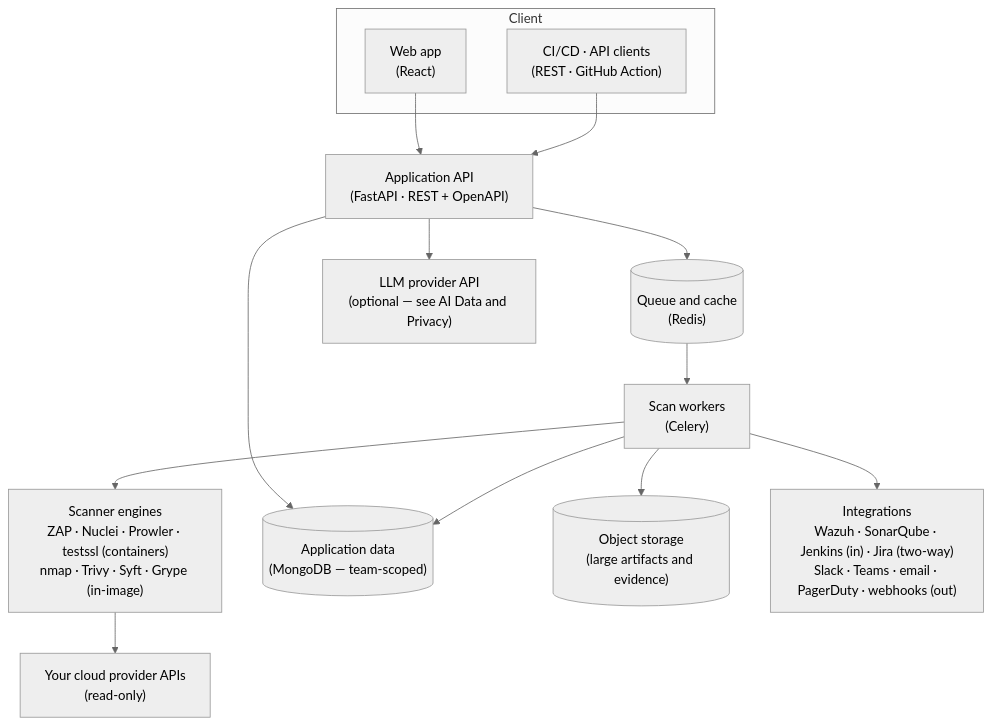
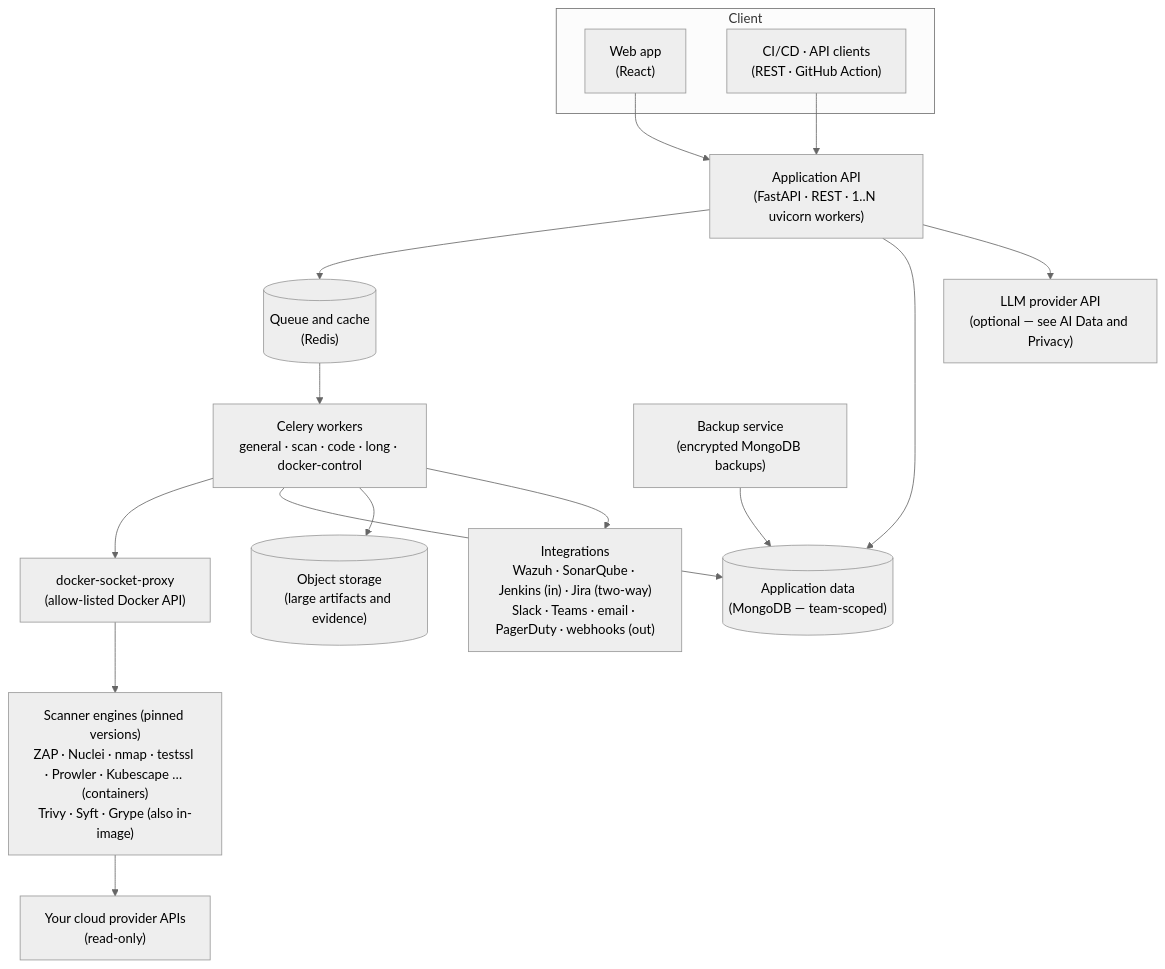
One commit to niteshsaini/offloadsecurity-docs changed the first of 2 diagrams in docs/architecture.md. Above: the diagram before and after it, drawn with Mermaid (neutral theme). The commit also changed other lines of this file and 156 other files, not shown here.

````diff
--- a/docs/architecture.md
+++ b/docs/architecture.md
@@ -16,30 +16,33 @@
 ```mermaid
 flowchart TB
   subgraph Client
     UI["Web app<br/>(React)"]
     CI["CI/CD · API clients<br/>(REST · GitHub Action)"]
   end
 
-  API["Application API<br/>(FastAPI · REST + OpenAPI)"]
+  API["Application API<br/>(FastAPI · REST · 1..N uvicorn workers)"]
   Q[("Queue and cache<br/>(Redis)")]
-  W["Scan workers<br/>(Celery)"]
-  SC["Scanner engines<br/>ZAP · Nuclei · Prowler · testssl (containers)<br/>nmap · Trivy · Syft · Grype (in-image)"]
+  W["Celery workers<br/>general · scan · code · long · docker-control"]
+  DSP["docker-socket-proxy<br/>(allow-listed Docker API)"]
+  SC["Scanner engines (pinned versions)<br/>ZAP · Nuclei · nmap · testssl · Prowler · Kubescape … (containers)<br/>Trivy · Syft · Grype (also in-image)"]
+  BK["Backup service<br/>(encrypted MongoDB backups)"]
 
   DB[("Application data<br/>(MongoDB — team-scoped)")]
   OBJ[("Object storage<br/>(large artifacts and evidence)")]
 
   EXT["Your cloud provider APIs<br/>(read-only)"]
   INT["Integrations<br/>Wazuh · SonarQube · Jenkins (in) · Jira (two-way)<br/>Slack · Teams · email · PagerDuty · webhooks (out)"]
   LLM["LLM provider API<br/>(optional — see AI Data and Privacy)"]
 
   UI --> API
   CI --> API
   API --> Q --> W
-  W --> SC
+  W --> DSP --> SC
   SC --> EXT
   API --> DB
   W --> DB
   W --> OBJ
   W --> INT
   API --> LLM
+  BK --> DB
 ```
````
